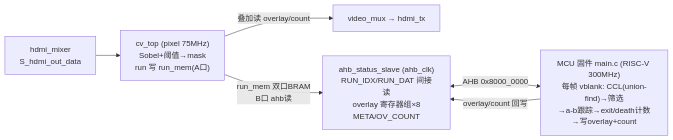
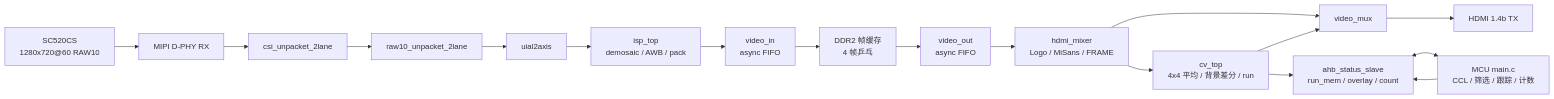
The diagram in work/camera_hdmi_720p/docs/TECHNICAL_DETAILS.md (ZCM8848/anlogic-fpga-design), drawn with Mermaid before and after one commit. The commit also changed other lines of this file and 10 other files, not shown here.

````diff
--- a/work/camera_hdmi_720p/docs/TECHNICAL_DETAILS.md
+++ b/work/camera_hdmi_720p/docs/TECHNICAL_DETAILS.md
@@ -86,8 +30,19 @@
 ```mermaid
-graph LR
-  HDMI["hdmi_mixer<br/>S_hdmi_out_data"] --> CV["cv_top (pixel 75MHz)<br/>Sobel+阈值→mask<br/>run 写 run_mem(A口)"]
-  CV -->|叠加读 overlay/count| VMUX["video_mux → hdmi_tx"]
-  CV -->|"run_mem 双口BRAM<br/>B口 ahb读"| SLAVE["ahb_status_slave (ahb_clk)<br/>RUN_IDX/RUN_DAT 间接读<br/>overlay 寄存器组×8<br/>META/OV_COUNT"]
-  SLAVE <-->|AHB 0x8000_0000| MCU["MCU 固件 main.c (RISC-V 300MHz)<br/>每帧 vblank: CCL(union-find)→筛选<br/>→a-b跟踪→exit/death计数<br/>→写overlay+count"]
-  MCU -->|overlay/count 回写| SLAVE
+flowchart LR
+  CAM["SC520CS<br/>1280x720@60 RAW10"] --> PHY["MIPI D-PHY RX"]
+  PHY --> CSI["csi_unpacket_2lane"]
+  CSI --> RAW["raw10_unpacket_2lane"]
+  RAW --> AXIS["uial2axis"]
+  AXIS --> ISP["isp_top<br/>demosaic / AWB / pack"]
+  ISP --> VIN["video_in<br/>async FIFO"]
+  VIN --> DDR["DDR2 帧缓存<br/>4 帧乒乓"]
+  DDR --> VOUT["video_out<br/>async FIFO"]
+  VOUT --> MIX["hdmi_mixer<br/>Logo / MiSans / FRAME"]
+  MIX --> VMUX["video_mux"]
+  VMUX --> HDMI["HDMI 1.4b TX"]
+  MIX --> CV["cv_top<br/>4x4 平均 / 背景差分 / run"]
+  CV --> SLAVE["ahb_status_slave<br/>run_mem / overlay / count"]
+  SLAVE <--> MCU["MCU main.c<br/>CCL / 筛选 / 跟踪 / 计数"]
+  MCU --> SLAVE
+  CV --> VMUX
 ```
````
